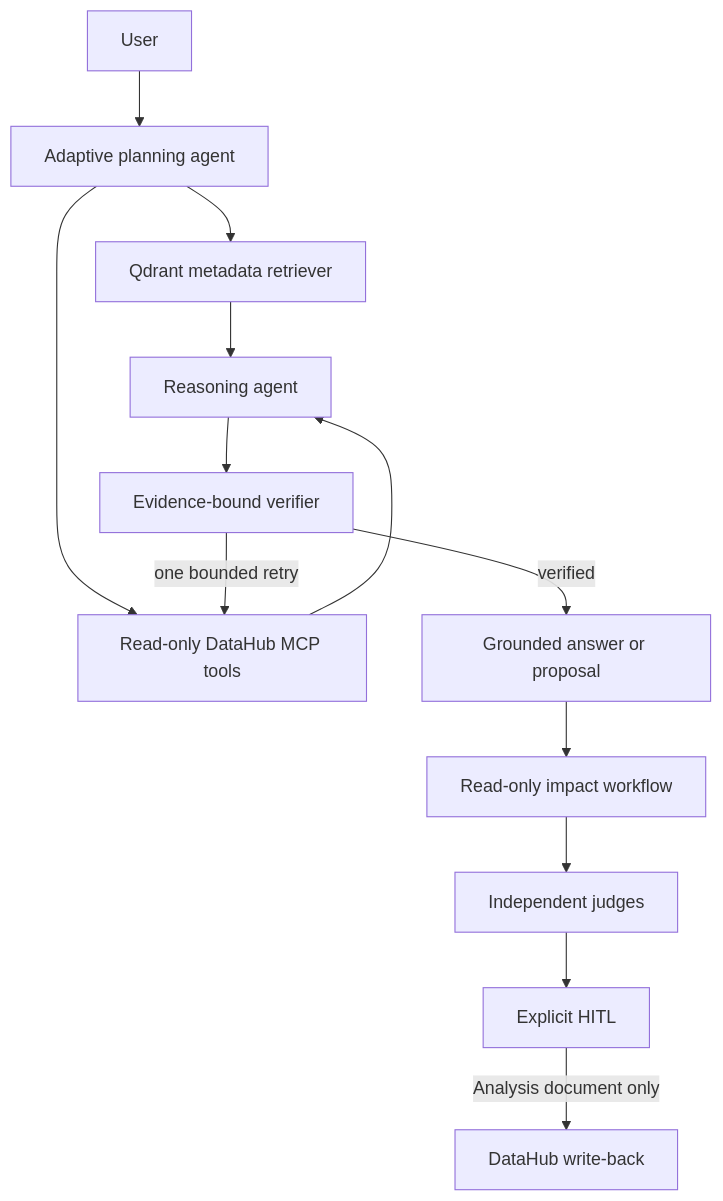
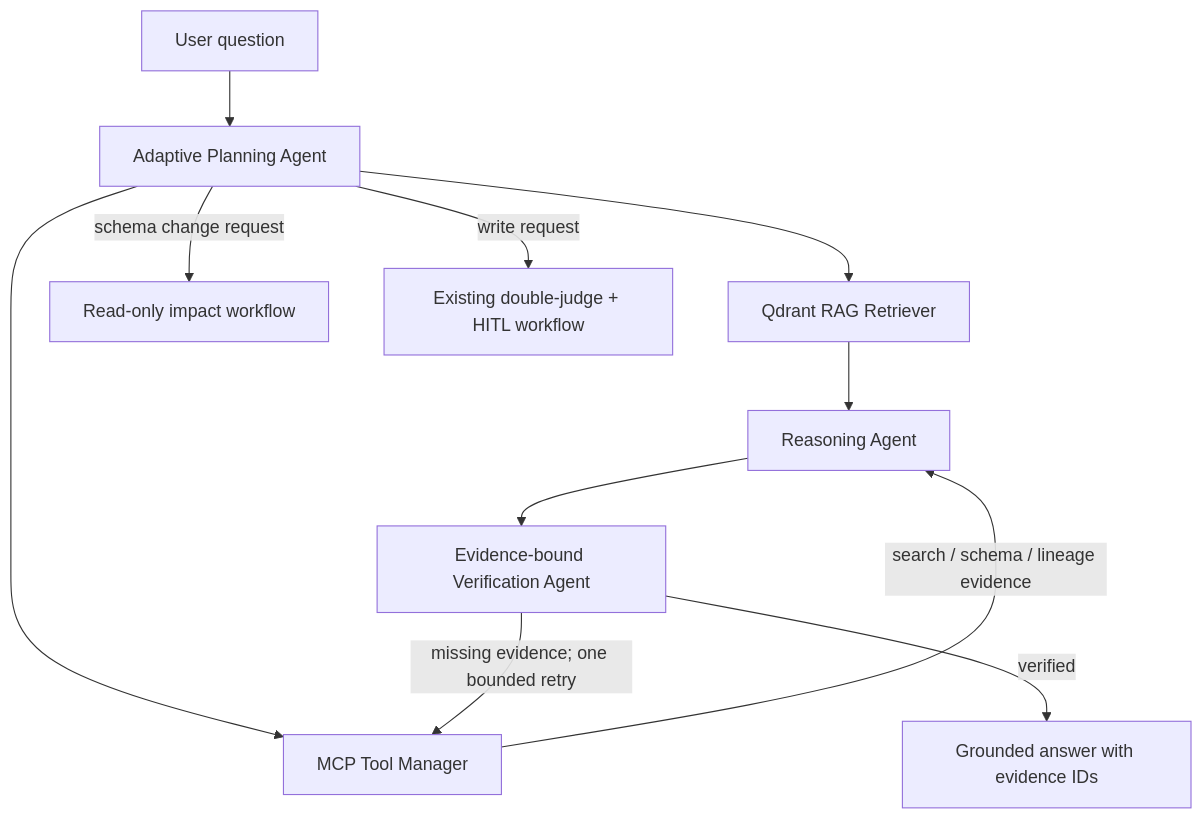
Before and after one commit to omarfh111/LineageGuard-AI: the second of 4 diagrams in README.md, drawn with Mermaid. The commit also changed other lines of this file, not shown here.

````diff
--- a/README.md
+++ b/README.md
@@ -11,15 +60,13 @@
 ```mermaid
 flowchart TD
-    U[User] --> P[Adaptive planning agent]
-    P --> R[Qdrant metadata retriever]
-    P --> M[Read-only DataHub MCP tools]
-    R --> X[Reasoning agent]
-    M --> X
-    X --> V[Evidence-bound verifier]
-    V -->|one bounded retry| M
-    V -->|verified| A[Grounded answer or proposal]
-    A --> W[Read-only impact workflow]
-    W --> J[Independent judges]
-    J --> H[Explicit HITL]
-    H -->|Analysis document only| D[DataHub write-back]
+    Q[User question] --> P[Adaptive Planning Agent]
+    P --> R[Qdrant RAG Retriever]
+    P --> M[MCP Tool Manager]
+    R --> X[Reasoning Agent]
+    M -->|search / schema / lineage evidence| X
+    X --> V[Evidence-bound Verification Agent]
+    V -->|missing evidence; one bounded retry| M
+    V -->|verified| A[Grounded answer with evidence IDs]
+    P -->|schema change request| W[Read-only impact workflow]
+    P -->|write request| H[Existing double-judge + HITL workflow]
 ```
````
